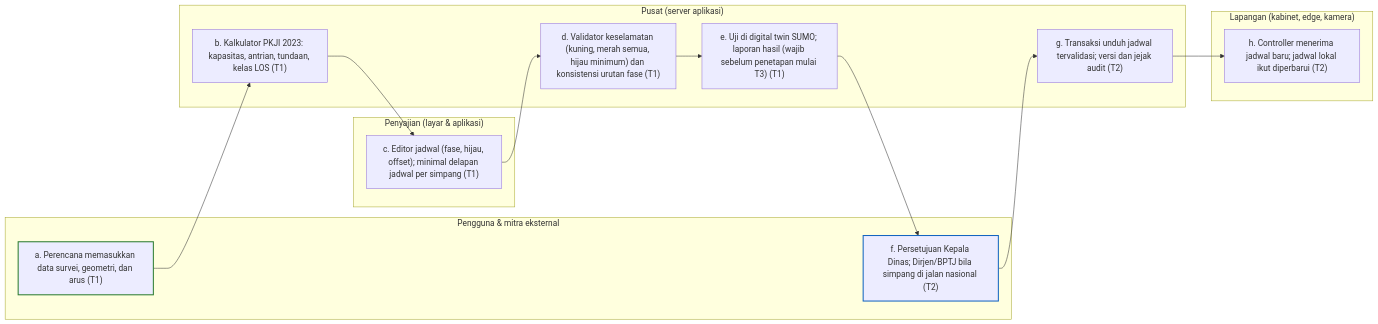
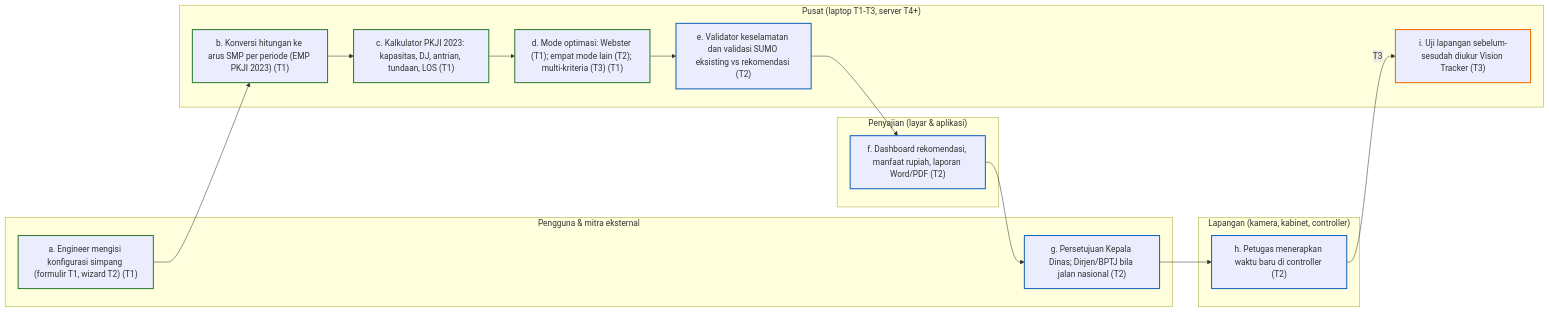
The second of 12 diagrams in docs/planning/diagram/_bagian_diagram.md (lionateofhaidar/irama-project), drawn with Mermaid before and after one commit. The commit also changed other lines of this file and 75 other files, not shown here.

First line of the commit message:
Revisi fokus T2 Vision Tracker dan Optimasi Simpang; dokumen 14 sampai 16; diagram dirutekan ulang

````diff
--- a/docs/planning/diagram/_bagian_diagram.md
+++ b/docs/planning/diagram/_bagian_diagram.md
@@ -92,28 +99,34 @@
 ```mermaid
 flowchart LR
   subgraph P["Pengguna & mitra eksternal"]
-    F02a["a. Perencana memasukkan data survei, geometri, dan arus (T1)"]
-    F02f["f. Persetujuan Kepala Dinas; Dirjen/BPTJ bila simpang di jalan nasional (T2)"]
+    F02a["a. Engineer mengisi konfigurasi simpang (formulir T1, wizard T2) (T1)"]
+    F02g["g. Persetujuan Kepala Dinas; Dirjen/BPTJ bila jalan nasional (T2)"]
   end
   subgraph U["Penyajian (layar & aplikasi)"]
-    F02c["c. Editor jadwal (fase, hijau, offset); minimal delapan jadwal per simpang (T1)"]
+    F02f["f. Dashboard rekomendasi, manfaat rupiah, laporan Word/PDF (T2)"]
   end
-  subgraph S["Pusat (server aplikasi)"]
-    F02b["b. Kalkulator PKJI 2023: kapasitas, antrian, tundaan, kelas LOS (T1)"]
-    F02d["d. Validator keselamatan (kuning, merah semua, hijau minimum) dan konsistensi urutan fase (T1)"]
-    F02e["e. Uji di digital twin SUMO; laporan hasil (wajib sebelum penetapan mulai T3) (T1)"]
-    F02g["g. Transaksi unduh jadwal tervalidasi; versi dan jejak audit (T2)"]
+  subgraph S["Pusat (laptop T1-T3, server T4+)"]
+    F02b["b. Konversi hitungan ke arus SMP per periode (EMP PKJI 2023) (T1)"]
+    F02c["c. Kalkulator PKJI 2023: kapasitas, DJ, antrian, tundaan, LOS (T1)"]
+    F02d["d. Mode optimasi: Webster (T1); empat mode lain (T2); multi-kriteria (T3) (T1)"]
+    F02e["e. Validator keselamatan dan validasi SUMO eksisting vs rekomendasi (T2)"]
+    F02i["i. Uji lapangan sebelum-sesudah diukur Vision Tracker (T3)"]
   end
-  subgraph L["Lapangan (kabinet, edge, kamera)"]
-    F02h["h. Controller menerima jadwal baru; jadwal lokal ikut diperbarui (T2)"]
+  subgraph L["Lapangan (kamera, kabinet, controller)"]
+    F02h["h. Petugas menerapkan waktu baru di controller (T2)"]
   end
   F02a --> F02b
   F02b --> F02c
   F02c --> F02d
   F02d --> F02e
   F02e --> F02f
   F02f --> F02g
   F02g --> F02h
-  style F02a stroke:#2E7D32,stroke-width:2px
-  style F02f stroke:#1565C0,stroke-width:2px
+  F02h -->|T3| F02i
+  classDef t1 stroke:#2E7D32,stroke-width:2px
+  class F02a,F02b,F02c,F02d t1
+  classDef t2 stroke:#1565C0,stroke-width:2px
+  class F02e,F02f,F02g,F02h t2
+  classDef t3 stroke:#EF6C00,stroke-width:2px
+  class F02i t3
 ```
````
